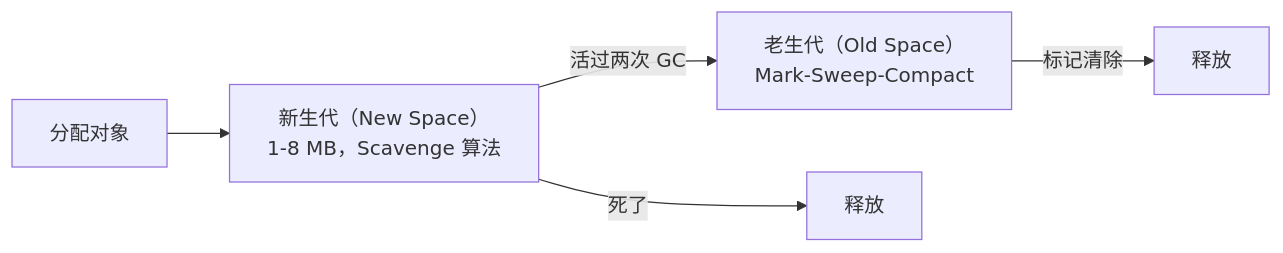
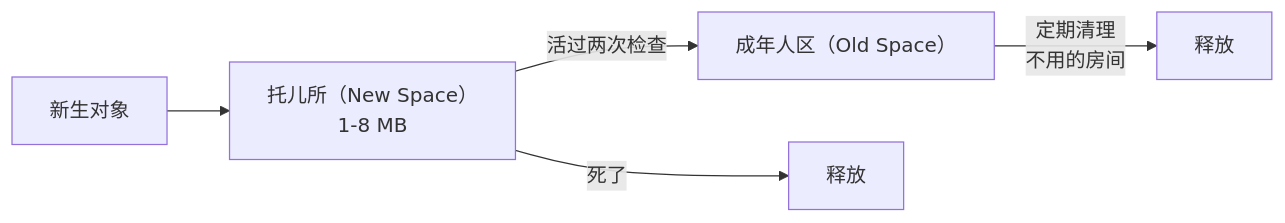
Before and after one commit to qknow-0/blog: the diagram in languages/nodejs/v8-memory.md, drawn with Mermaid. The commit also changed other lines of this file and 4 other files, not shown here.

````diff
--- a/languages/nodejs/v8-memory.md
+++ b/languages/nodejs/v8-memory.md
@@ -40,7 +40,7 @@
 ```mermaid
 flowchart LR
-    Alloc["分配对象"] --> NewSpace["新生代（New Space）<br/>1-8 MB，Scavenge 算法"]
-    NewSpace -->|"活过两次 GC"| OldSpace["老生代（Old Space）<br/>Mark-Sweep-Compact"]
-    NewSpace -->|"死了"| Freed1["释放"]
-    OldSpace -->|"标记清除"| Freed2["释放"]
+    Born["新生对象"] --> Nursery["托儿所（New Space）<br/>1-8 MB"]
+    Nursery -->|"活过两次检查"| Adult["成年人区（Old Space）"]
+    Nursery -->|"死了"| Gone1["释放"]
+    Adult -->|"定期清理<br/>不用的房间"| Gone2["释放"]
 ```
````
